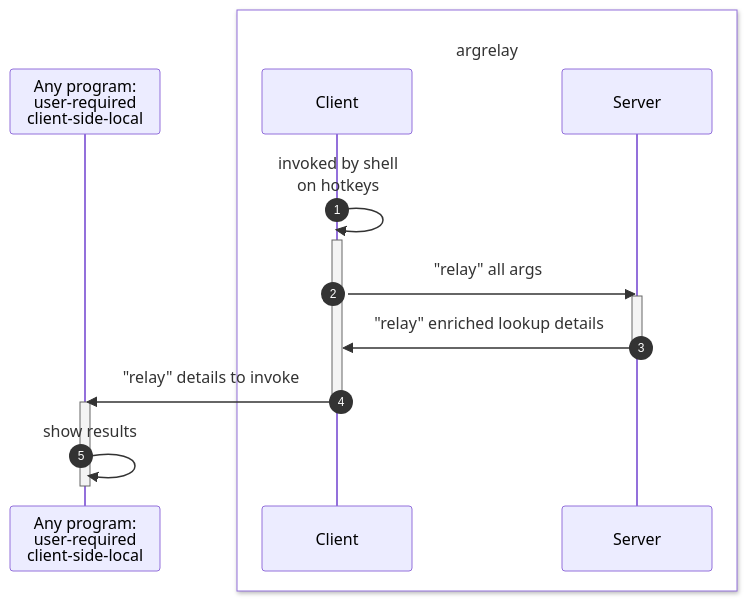
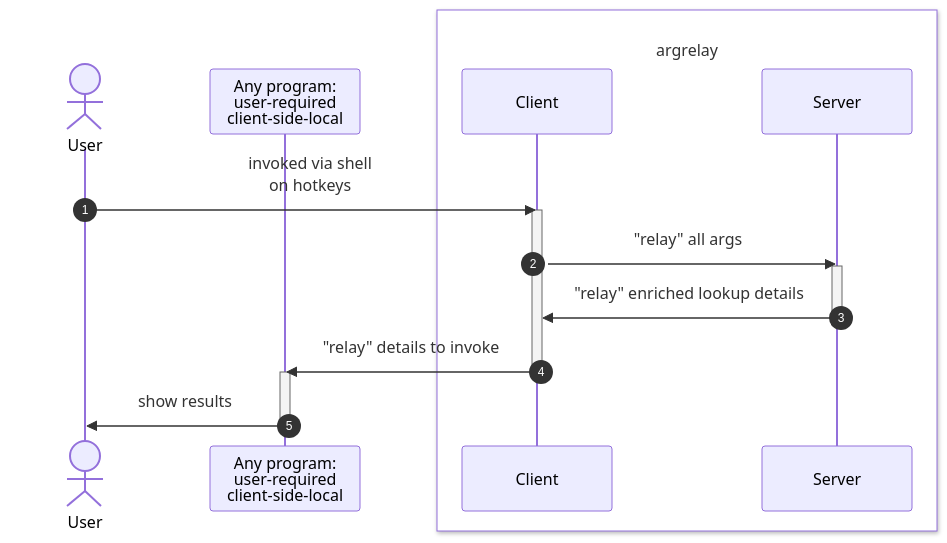
The first of 2 diagrams in readme.md (argrelay/argrelay), drawn with Mermaid before and after one commit. The commit also changed other lines of this file, not shown here.

Commit message:
Attempt to add User

````diff
--- a/readme.md
+++ b/readme.md
@@ -78,20 +78,21 @@
 ```mermaid
 sequenceDiagram
     autonumber
+    actor U as <br/>User
     participant P as Any program:<br/>user-required<br/>client-side-local
     box rgb(255, 255, 255) <br/>argrelay
     participant C as Client
     participant S as Server
     end
-    C ->> C: invoked by shell<br/>on hotkeys
+    U ->> C: invoked via shell<br/>on hotkeys
     activate C
     C ->> S: "relay" all args
     activate S
     S ->> C: "relay" enriched lookup details
     deactivate S
     C ->> P: "relay" details to invoke
     deactivate C
     activate P
-    P ->> P: show results
+    P ->> U: show results
     deactivate P
 ```
````
